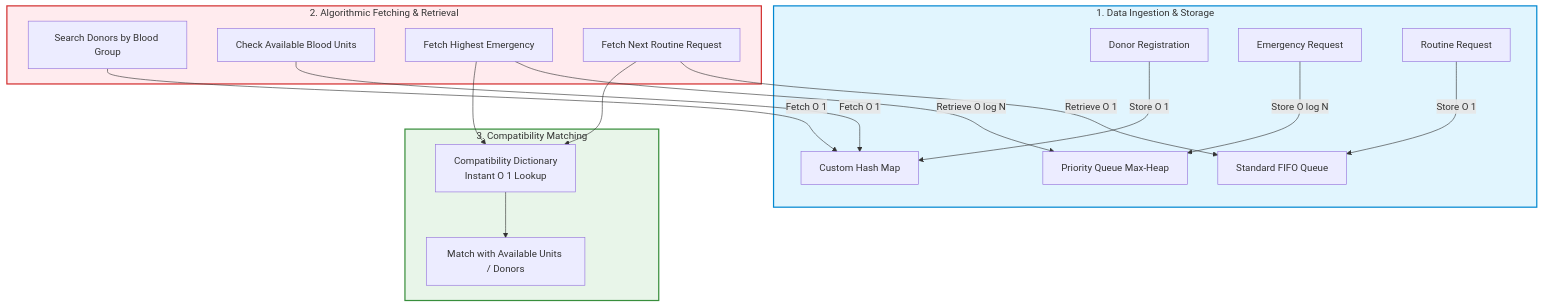
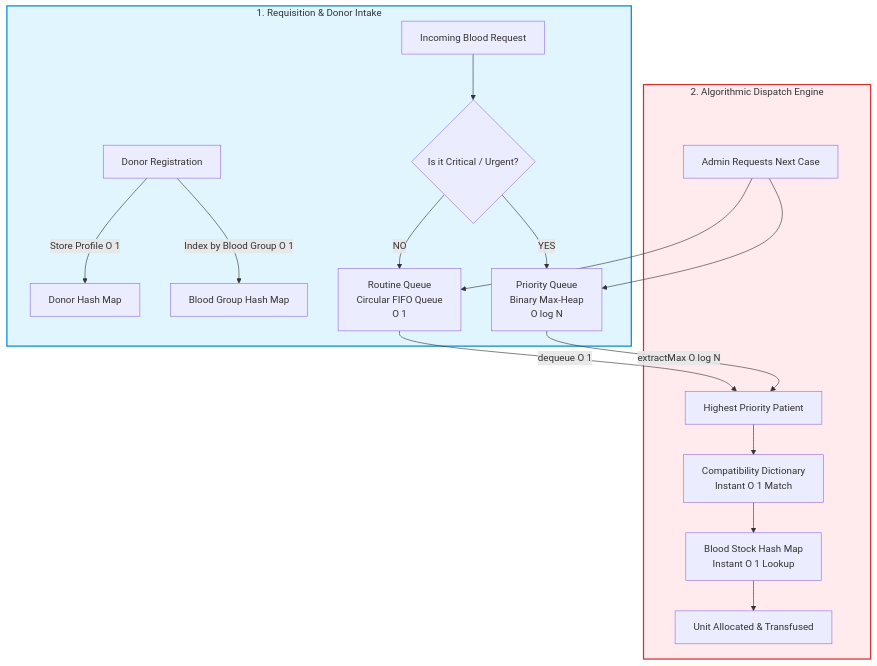
Before and after one commit to Shrey113/Assignment-1: the first of 2 diagrams in docs/02_data_structures_architecture.md, drawn with Mermaid. The commit also changed other lines of this file and 6 other files, not shown here.

Commit message:
docs: align all documentation and architecture to Medium Mode

````diff
--- a/docs/02_data_structures_architecture.md
+++ b/docs/02_data_structures_architecture.md
@@ -12,24 +11,26 @@
 ```mermaid
-graph TD
-    subgraph INPUT["1. Data Ingestion & Storage"]
-        D_Reg[Donor Registration] -->|Store O 1| HM[Custom Hash Map]
-        R_Emer[Emergency Request] -->|Store O log N| PQ[Priority Queue Max-Heap]
-        R_Rout[Routine Request] -->|Store O 1| FQ[Standard FIFO Queue]
+flowchart TD
+    subgraph INTAKE["1. Requisition & Donor Intake"]
+        D_Reg[Donor Registration] -->|Store Profile O 1| HM_Donor[Donor Hash Map]
+        D_Reg -->|Index by Blood Group O 1| HM_Group[Blood Group Hash Map]
+        
+        Req[Incoming Blood Request] --> UrgencyCheck{Is it Critical / Urgent?}
+        UrgencyCheck -- YES --> Heap[Priority Queue\nBinary Max-Heap\nO log N]
+        UrgencyCheck -- NO --> Queue[Routine Queue\nCircular FIFO Queue\nO 1]
     end
 
-    subgraph RETRIEVAL["2. Algorithmic Fetching & Retrieval"]
-        Search[Search Donors by Blood Group] -->|Fetch O 1| HM
-        CheckStock[Check Available Blood Units] -->|Fetch O 1| HM
-        NextEmer[Fetch Highest Emergency] -->|Retrieve O log N| PQ
-        NextRout[Fetch Next Routine Request] -->|Retrieve O 1| FQ
+    subgraph ENGINE["2. Algorithmic Dispatch Engine"]
+        AdminReq[Admin Requests Next Case] --> Heap
+        AdminReq --> Queue
+        
+        Heap -->|extractMax O log N| SelectedReq[Highest Priority Patient]
+        Queue -->|dequeue O 1| SelectedReq
+        
+        SelectedReq --> Compat[Compatibility Dictionary\nInstant O 1 Match]
+        Compat --> HM_Stock[Blood Stock Hash Map\nInstant O 1 Lookup]
+        HM_Stock --> Allocation[Unit Allocated & Transfused]
     end
 
-    subgraph MATCHING["3. Compatibility Matching"]
-        NextEmer & NextRout --> Compat[Compatibility Dictionary\nInstant O 1 Lookup]
-        Compat --> StockCheck[Match with Available Units / Donors]
-    end
-
-    style INPUT fill:#e1f5fe,stroke:#0288d1,stroke-width:2px
-    style RETRIEVAL fill:#ffebee,stroke:#d32f2f,stroke-width:2px
-    style MATCHING fill:#e8f5e9,stroke:#388e3c,stroke-width:2px
+    style INTAKE fill:#e1f5fe,stroke:#0288d1,stroke-width:2px
+    style ENGINE fill:#ffebee,stroke:#d32f2f,stroke-width:2px
 ```
````
